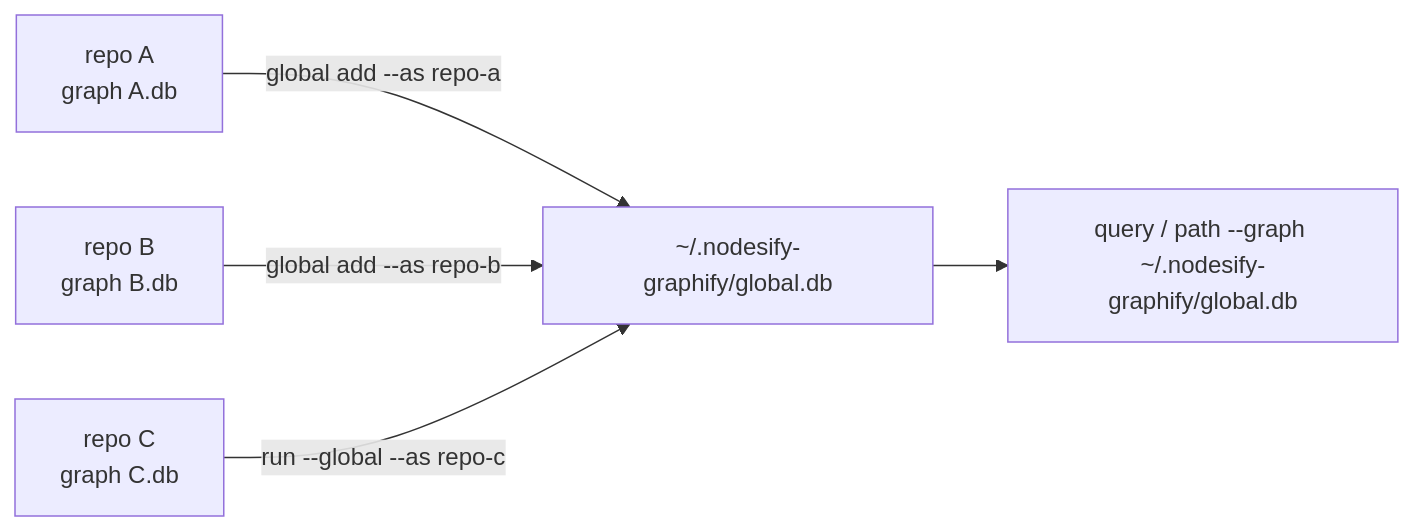
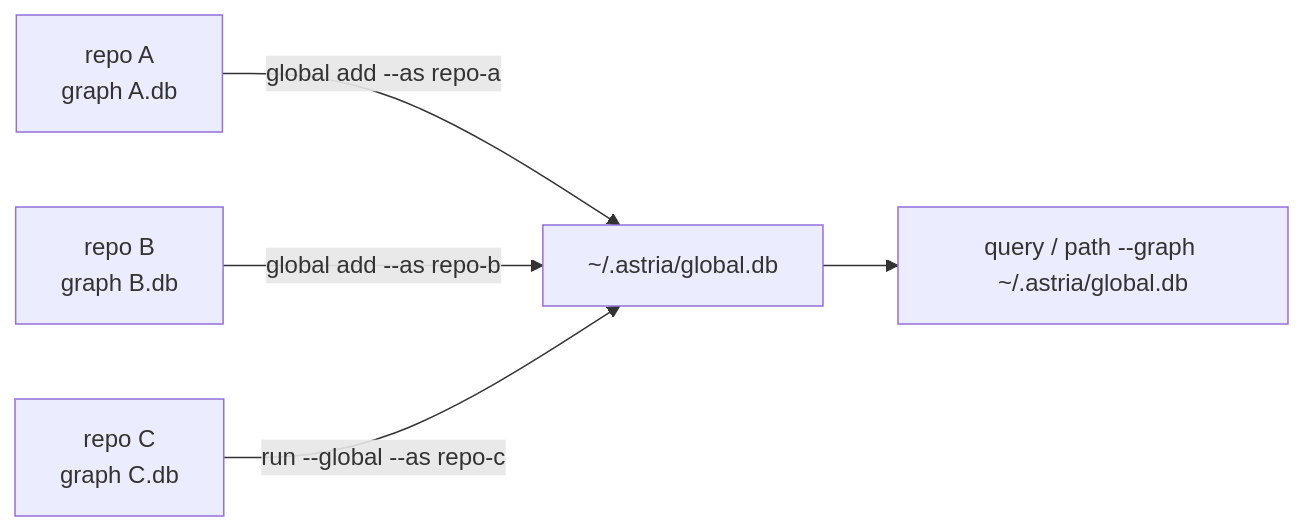
The diagram in website/docs/guides/global-graph.md (Nodesify/astria), drawn with Mermaid before and after one commit. The commit also changed other lines of this file and 42 other files, not shown here.

First line of the commit message:
fix(extract): make full-source extraction id-safe; dogfood astria on this repo

````diff
--- a/website/docs/guides/global-graph.md
+++ b/website/docs/guides/global-graph.md
@@ -12,7 +12,7 @@
 ```mermaid
 flowchart LR
-    A["repo A<br/>graph A.db"] -->|"global add --as repo-a"| G["~/.nodesify-graphify/global.db"]
+    A["repo A<br/>graph A.db"] -->|"global add --as repo-a"| G["~/.astria/global.db"]
     B["repo B<br/>graph B.db"] -->|"global add --as repo-b"| G
     C["repo C<br/>graph C.db"] -->|"run --global --as repo-c"| G
-    G --> Q["query / path --graph ~/.nodesify-graphify/global.db"]
+    G --> Q["query / path --graph ~/.astria/global.db"]
 ```
````
